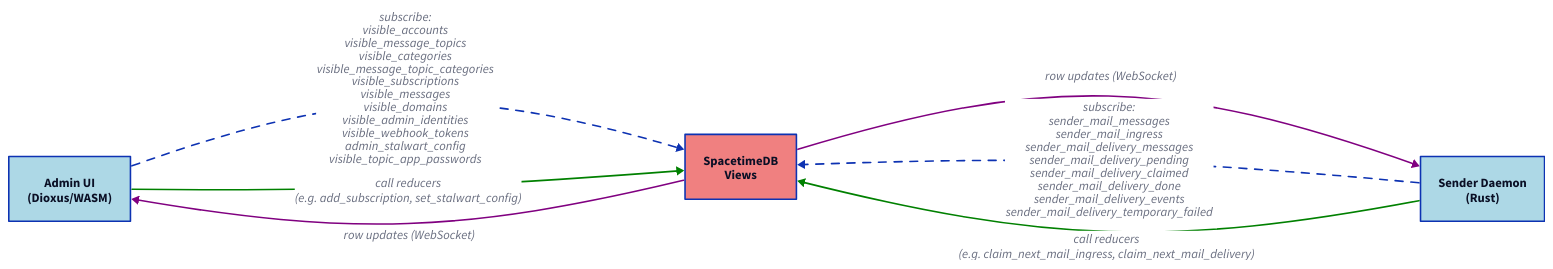
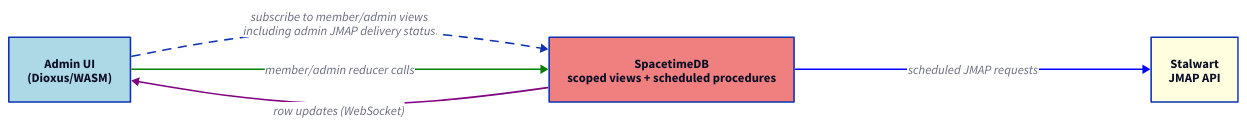
The diagram in docs/src/core/spacetimedb/event-flow-websocket-subscription.d2 (enaut/kommunikationszentrum), drawn with D2 before and after one commit. The commit also changed 247 other files, not shown here.

Commit message:
remove the old sender daemon and update docs

```diff
--- a/docs/src/core/spacetimedb/event-flow-websocket-subscription.d2
+++ b/docs/src/core/spacetimedb/event-flow-websocket-subscription.d2
@@ -1,14 +1,10 @@
 direction: right
 
 admin_ui: "Admin UI\n(Dioxus/WASM)" { style.fill: lightblue }
-daemon: "Sender Daemon\n(Rust)" { style.fill: lightblue }
-spacetime: "SpacetimeDB\nViews" { style.fill: lightcoral }
+spacetime: "SpacetimeDB\nscoped views + scheduled procedures" { style.fill: lightcoral }
+stalwart: "Stalwart\nJMAP API" { style.fill: lightyellow }
 
-admin_ui -> spacetime: "subscribe:\nvisible_accounts\nvisible_message_topics\nvisible_categories\nvisible_message_topic_categories\nvisible_subscriptions\nvisible_messages\nvisible_domains\nvisible_admin_identities\nvisible_webhook_tokens\nadmin_stalwart_config\nvisible_topic_app_passwords" { style.stroke-dash: 5 }
-daemon -> spacetime: "subscribe:\nsender_mail_messages\nsender_mail_ingress\nsender_mail_delivery_messages\nsender_mail_delivery_pending\nsender_mail_delivery_claimed\nsender_mail_delivery_done\nsender_mail_delivery_events\nsender_mail_delivery_temporary_failed" { style.stroke-dash: 5 }
-
+admin_ui -> spacetime: "subscribe to member/admin views\nincluding admin JMAP delivery status" { style.stroke-dash: 5 }
 spacetime -> admin_ui: "row updates (WebSocket)" { style.stroke: purple }
-spacetime -> daemon: "row updates (WebSocket)" { style.stroke: purple }
-
-admin_ui -> spacetime: "call reducers\n(e.g. add_subscription, set_stalwart_config)" { style.stroke: green }
-daemon -> spacetime: "call reducers\n(e.g. claim_next_mail_ingress, claim_next_mail_delivery)" { style.stroke: green }
+admin_ui -> spacetime: "member/admin reducer calls" { style.stroke: green }
+spacetime -> stalwart: "scheduled JMAP requests" { style.stroke: blue }
```
